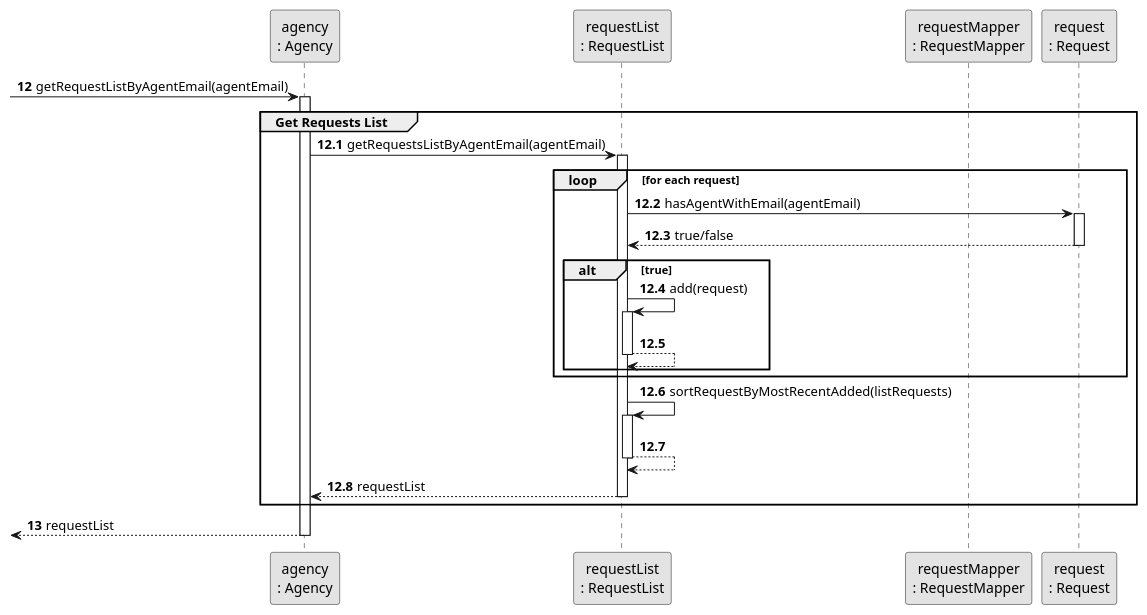
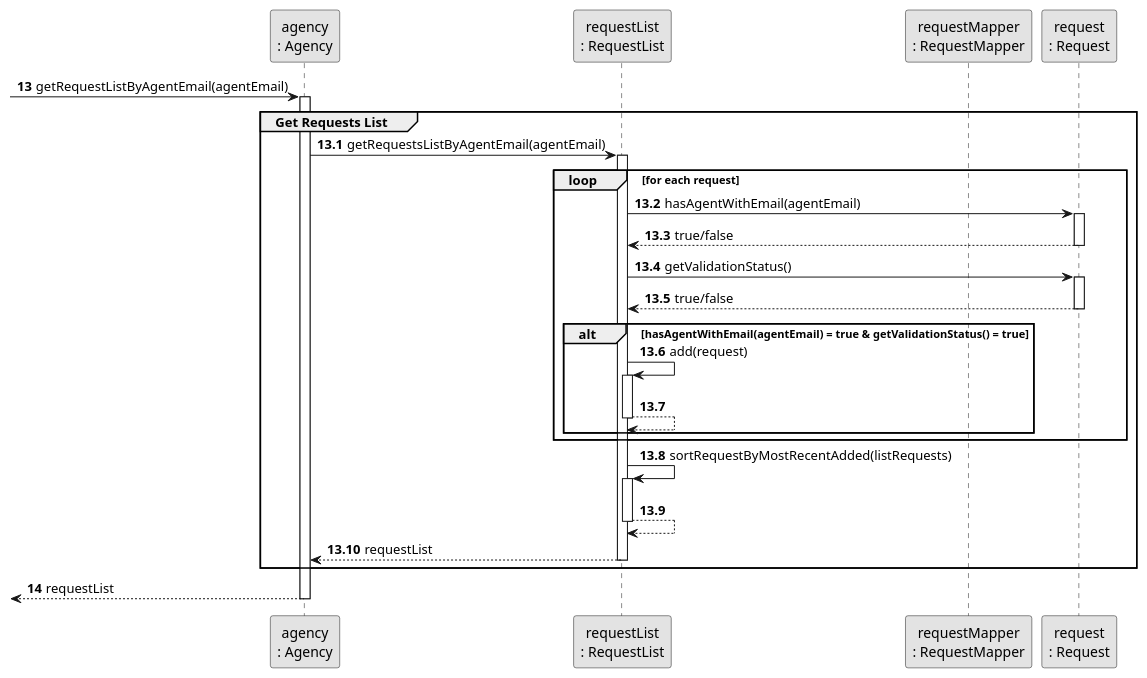
One commit to rita-barbosa/LAPR2-2223 changed the diagram in docs/sprintD/us008/03.design/puml/us008-sequence-diagram-partial-get-requests-list.puml. Above: the diagram before and after it, drawn with PlantUML. The commit also changed 17 other files, not shown here.

Commit message:
Update Sequence Diagram (split & partials) & Class Diagram + SVG's [US008][Design]

```diff
--- a/docs/sprintD/us008/03.design/puml/us008-sequence-diagram-partial-get-requests-list.puml
+++ b/docs/sprintD/us008/03.design/puml/us008-sequence-diagram-partial-get-requests-list.puml
@@ -1,55 +1,61 @@
 @startuml
 skinparam monochrome true
 skinparam packageStyle rectangle
 skinparam shadowing false
 
 
 
 participant "agency\n: Agency" as AGENCY
 participant "requestList\n: RequestList" as ReqList
 participant "requestMapper\n: RequestMapper" as ReqMapper
 participant "request\n: Request" as REQUEST
 
-autonumber 12
+autonumber 13
     -> AGENCY: getRequestListByAgentEmail(agentEmail)
     activate AGENCY
 
 group Get Requests List
-autonumber 12.1
+autonumber 13.1
 
         AGENCY -> ReqList : getRequestsListByAgentEmail(agentEmail)
         activate ReqList
 
         loop for each request
          ReqList -> REQUEST : hasAgentWithEmail(agentEmail)
          activate REQUEST
 
          REQUEST --> ReqList : true/false
          deactivate REQUEST
 
-             alt true
+         ReqList -> REQUEST : getValidationStatus()
+          activate REQUEST
+
+          REQUEST --> ReqList : true/false
+          deactivate REQUEST
+
+             alt hasAgentWithEmail(agentEmail) = true & getValidationStatus() = true
              ReqList -> ReqList : add(request)
              activate ReqList
 
              ReqList --> ReqList :
              deactivate ReqList
              end
 
          end
 
          ReqList -> ReqList : sortRequestByMostRecentAdded(listRequests)
          activate ReqList
 
          ReqList --> ReqList :
          deactivate ReqList
 
          ReqList --> AGENCY : requestList
          deactivate ReqList
 
 
 end group
-autonumber 13
+autonumber 14
      <-- AGENCY: requestList
      deactivate AGENCY
 
 @enduml
```
